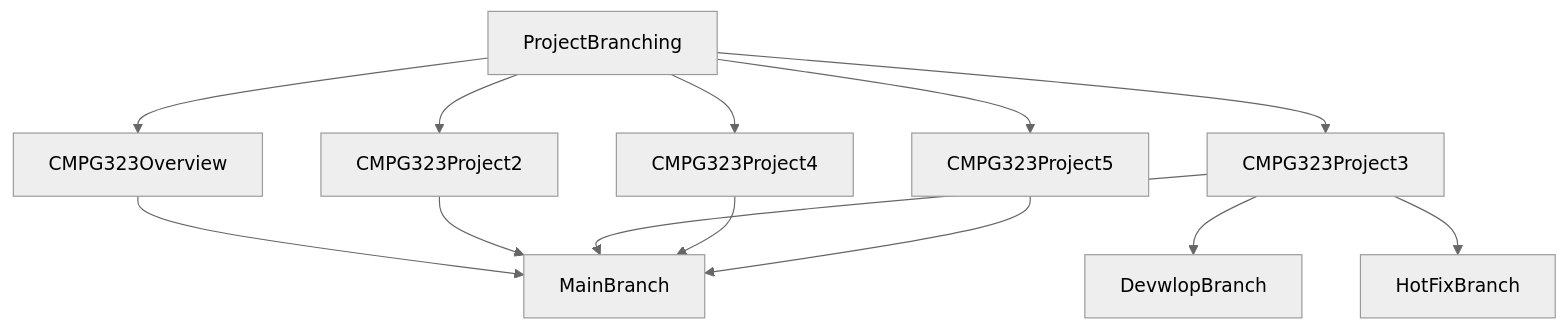
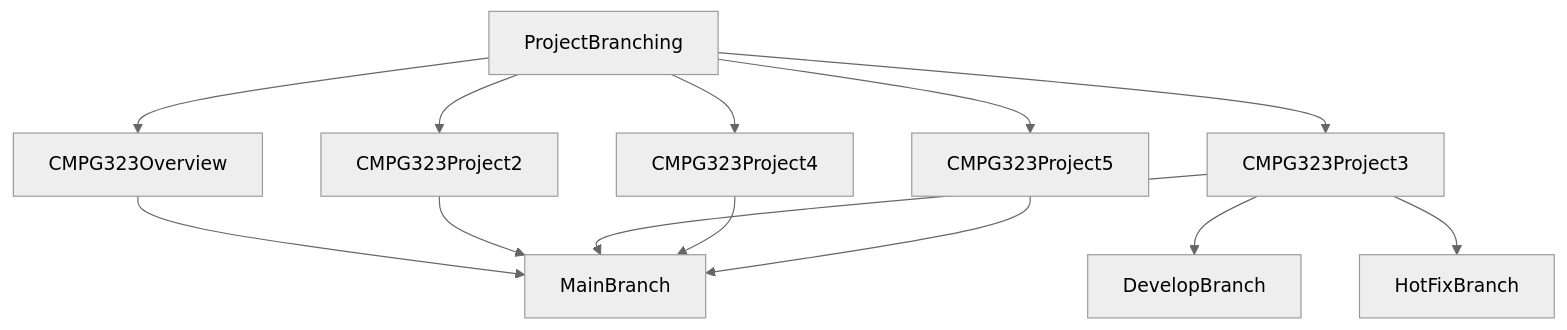
Before and after one commit to Cryslender/CMPG-323-Overview-36627399: the second of 2 diagrams in README.md, drawn with Mermaid (neutral theme).

````diff
--- a/README.md
+++ b/README.md
@@ -44,15 +44,15 @@
 ```mermaid
   graph TB;
       ProjectBranching-->CMPG323Overview;
       ProjectBranching-->CMPG323Project2;
       ProjectBranching-->CMPG323Project3;
       ProjectBranching-->CMPG323Project4;
       ProjectBranching-->CMPG323Project5;
       CMPG323Overview-->MainBranch;
       CMPG323Project2-->MainBranch;
       CMPG323Project3-->MainBranch;
-      CMPG323Project3-->DevwlopBranch;
+      CMPG323Project3-->DevelopBranch;
       CMPG323Project3-->HotFixBranch;
       CMPG323Project4-->MainBranch;
       CMPG323Project5-->MainBranch;
   ```
````
